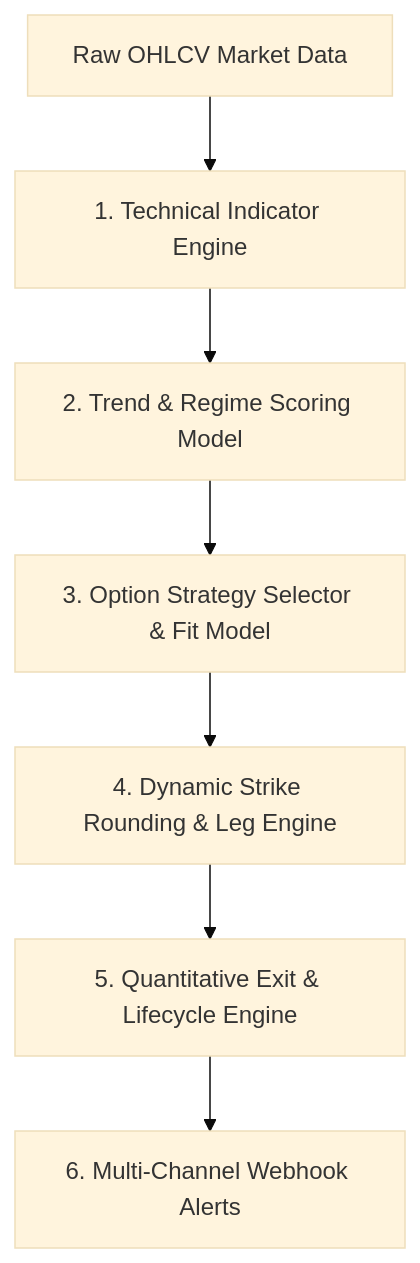
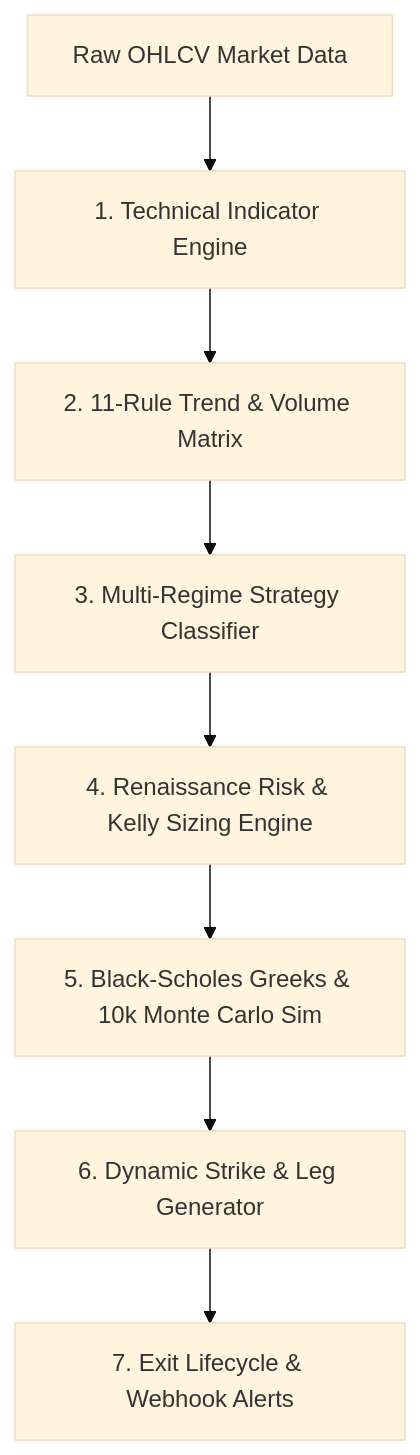
The diagram in README.md (kumashish/pie), drawn with Mermaid (base theme) before and after one commit. The commit also changed other lines of this file and 2 other files, not shown here.

Commit message:
docs: update README.md with TradeCraft branding, Multi-Regime architecture, 11-rule matrix, Kelly Sizing, Monte Carlo sim, and News drawer

````diff
--- a/README.md
+++ b/README.md
@@ -17,9 +18,10 @@
 ```mermaid
 flowchart TD
     A["Raw OHLCV Market Data"] --> B["1. Technical Indicator Engine"]
-    B --> C["2. Trend & Regime Scoring Model"]
-    C --> D["3. Option Strategy Selector & Fit Model"]
-    D --> E["4. Dynamic Strike Rounding & Leg Engine"]
-    E --> F["5. Quantitative Exit & Lifecycle Engine"]
-    F --> G["6. Multi-Channel Webhook Alerts"]
+    B --> C["2. 11-Rule Trend & Volume Matrix"]
+    C --> D["3. Multi-Regime Strategy Classifier"]
+    D --> E["4. Renaissance Risk & Kelly Sizing Engine"]
+    E --> F["5. Black-Scholes Greeks & 10k Monte Carlo Sim"]
+    F --> G["6. Dynamic Strike & Leg Generator"]
+    G --> H["7. Exit Lifecycle & Webhook Alerts"]
 ```
````
